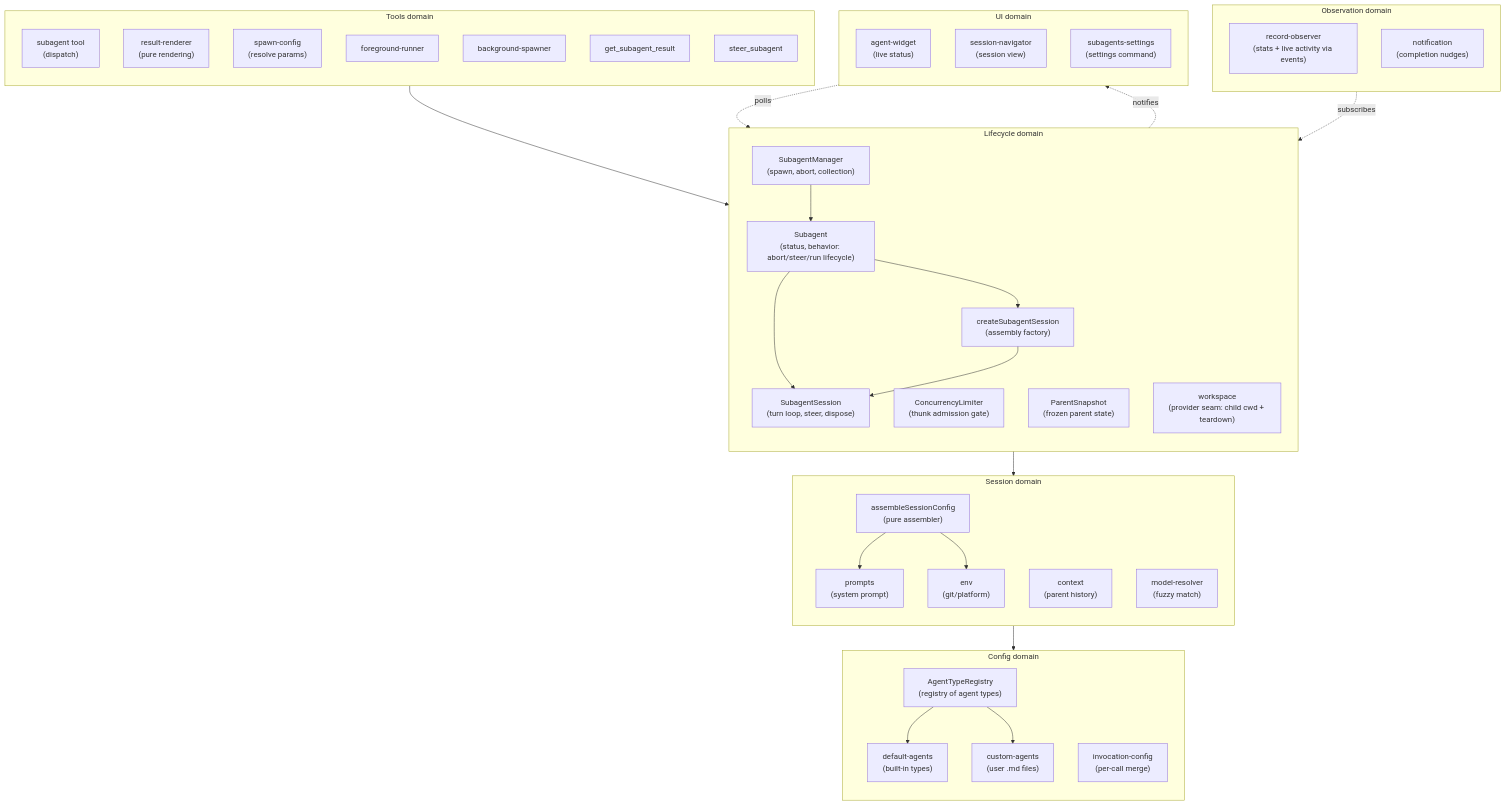
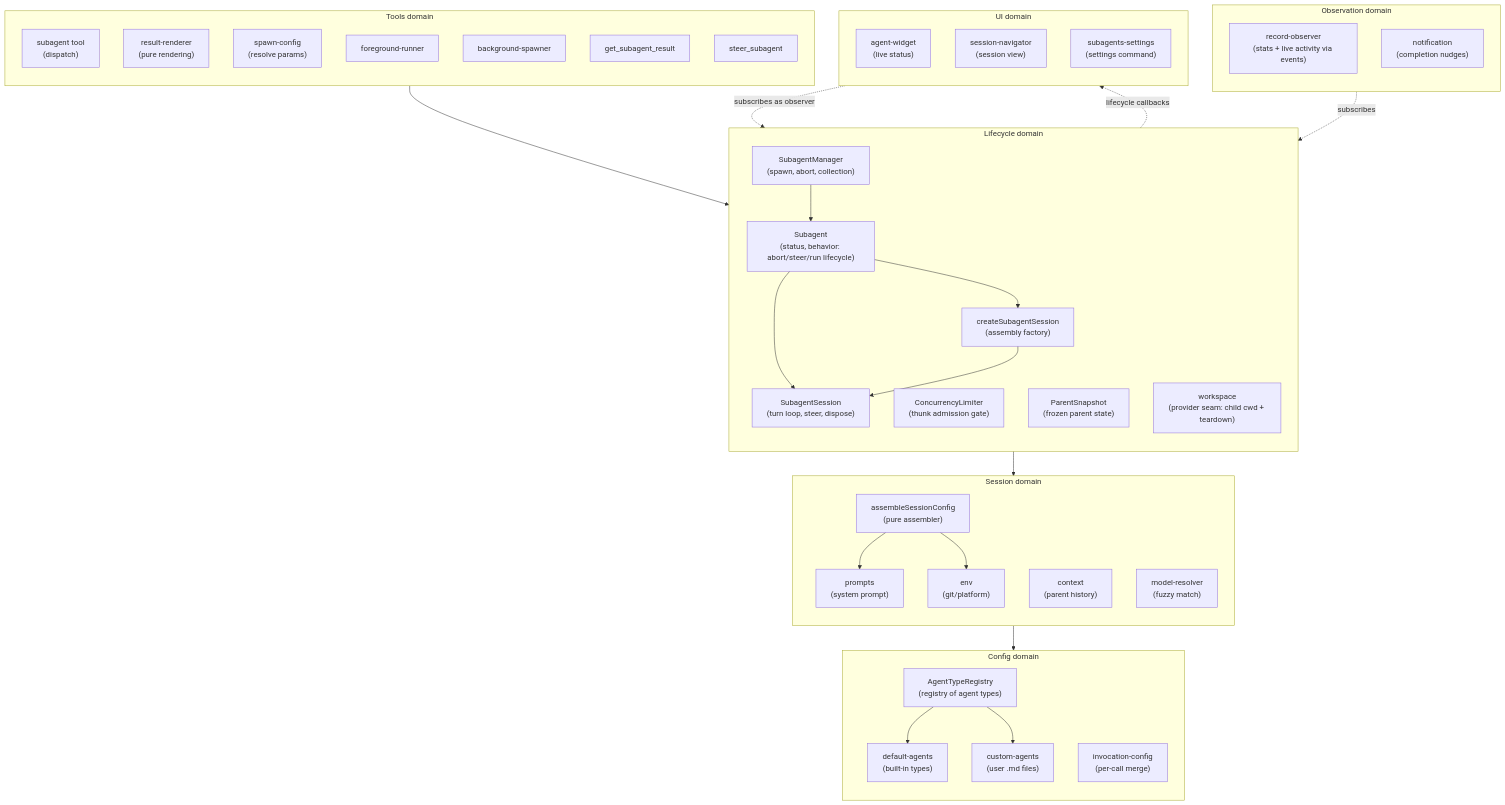
The first of 6 diagrams in packages/pi-subagents/docs/architecture/architecture.md (nklisch/pi-extensions), drawn with Mermaid before and after one commit. The commit also changed other lines of this file and 95 other files, not shown here.

````diff
--- a/packages/pi-subagents/docs/architecture/architecture.md
+++ b/packages/pi-subagents/docs/architecture/architecture.md
@@ -33,66 +33,66 @@
 ```mermaid
 flowchart TB
     subgraph config["Config domain"]
         direction TB
         AgentTypeRegistry["AgentTypeRegistry<br/>(registry of agent types)"]
         DefaultAgents["default-agents<br/>(built-in types)"]
         CustomAgents["custom-agents<br/>(user .md files)"]
         InvocationConfig["invocation-config<br/>(per-call merge)"]
     end
 
     subgraph session["Session domain"]
         direction TB
         SessionConfig["assembleSessionConfig<br/>(pure assembler)"]
         Prompts["prompts<br/>(system prompt)"]
         Context["context<br/>(parent history)"]
         Env["env<br/>(git/platform)"]
         ModelResolver["model-resolver<br/>(fuzzy match)"]
     end
 
     subgraph lifecycle["Lifecycle domain"]
         direction TB
         SubagentManager["SubagentManager<br/>(spawn, abort, collection)"]
         ConcurrencyLimiter["ConcurrencyLimiter<br/>(thunk admission gate)"]
         CreateSubagentSession["createSubagentSession<br/>(assembly factory)"]
         SubagentSession["SubagentSession<br/>(turn loop, steer, dispose)"]
         Subagent["Subagent<br/>(status, behavior: abort/steer/run lifecycle)"]
         ParentSnapshot["ParentSnapshot<br/>(frozen parent state)"]
         Workspace["workspace<br/>(provider seam: child cwd + teardown)"]
     end
 
     subgraph observation["Observation domain"]
         direction TB
         RecordObserver["record-observer<br/>(stats + live activity via events)"]
         Notification["notification<br/>(completion nudges)"]
     end
 
     subgraph tools["Tools domain"]
         direction TB
         AgentTool["subagent tool<br/>(dispatch)"]
         ResultRenderer["result-renderer<br/>(pure rendering)"]
         SpawnConfig["spawn-config<br/>(resolve params)"]
         FgRunner["foreground-runner"]
         BgSpawner["background-spawner"]
         GetResult["get_subagent_result"]
         Steer["steer_subagent"]
     end
 
     subgraph ui["UI domain"]
         direction TB
         Widget["agent-widget<br/>(live status)"]
         Sessions["session-navigator<br/>(session view)"]
         Settings["subagents-settings<br/>(settings command)"]
     end
 
     AgentTool --> SubagentManager
     SubagentManager --> Subagent
     Subagent --> CreateSubagentSession & SubagentSession
     CreateSubagentSession --> SubagentSession
     CreateSubagentSession --> SessionConfig
     SessionConfig --> AgentTypeRegistry
     SessionConfig --> Prompts & Env
     AgentTypeRegistry --> DefaultAgents & CustomAgents
     RecordObserver -.->|subscribes| SubagentSession
-    Widget -.->|polls| SubagentManager
-    SubagentManager -.->|notifies| Widget
+    Widget -.->|subscribes as observer| SubagentManager
+    SubagentManager -.->|lifecycle callbacks| Widget
 ```
````
